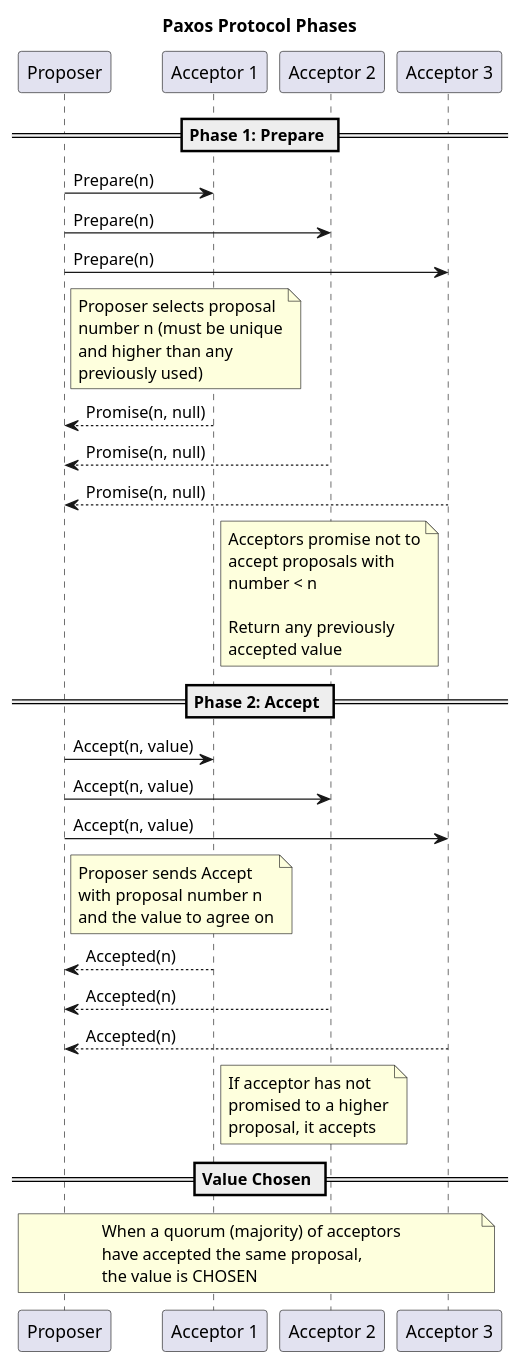
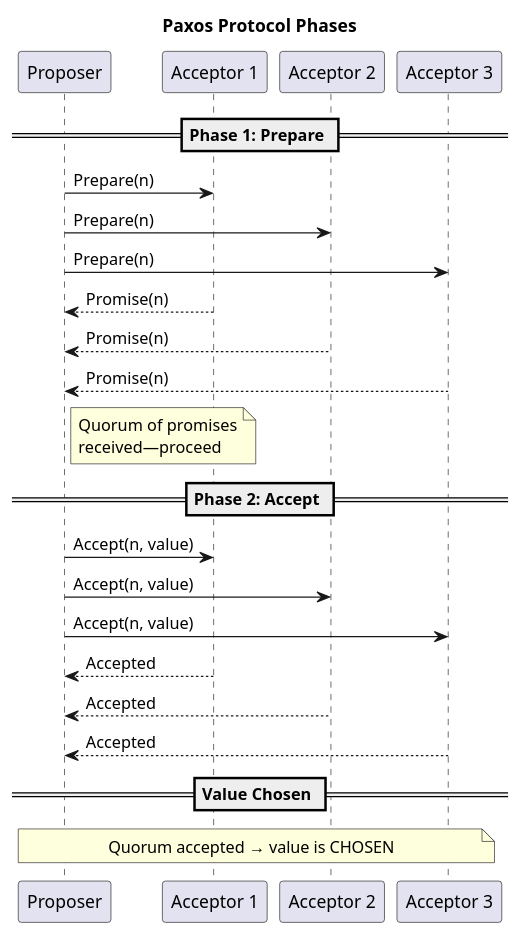
The second of 3 diagrams in docs/data-platforms/cassandra/architecture/distributed-data/paxos.md (axonops/documentation), drawn with PlantUML before and after one commit. The commit also changed other lines of this file, not shown here.

````diff
--- a/docs/data-platforms/cassandra/architecture/distributed-data/paxos.md
+++ b/docs/data-platforms/cassandra/architecture/distributed-data/paxos.md
@@ -182,67 +178,42 @@
 ```plantuml
 @startuml
 skinparam backgroundColor #FFFFFF
 skinparam defaultFontName Arial
 
 title Paxos Protocol Phases
 
 participant "Proposer" as P
 participant "Acceptor 1" as A1
 participant "Acceptor 2" as A2
 participant "Acceptor 3" as A3
 
 == Phase 1: Prepare ==
 P -> A1 : Prepare(n)
 P -> A2 : Prepare(n)
 P -> A3 : Prepare(n)
 
+A1 --> P : Promise(n)
+A2 --> P : Promise(n)
+A3 --> P : Promise(n)
+
 note right of P
-  Proposer selects proposal
-  number n (must be unique
-  and higher than any
-  previously used)
-end note
-
-A1 --> P : Promise(n, null)
-A2 --> P : Promise(n, null)
-A3 --> P : Promise(n, null)
-
-note right of A1
-  Acceptors promise not to
-  accept proposals with
-  number < n
-
-  Return any previously
-  accepted value
+  Quorum of promises
+  received—proceed
 end note
 
 == Phase 2: Accept ==
 P -> A1 : Accept(n, value)
 P -> A2 : Accept(n, value)
 P -> A3 : Accept(n, value)
 
-note right of P
-  Proposer sends Accept
-  with proposal number n
-  and the value to agree on
-end note
-
-A1 --> P : Accepted(n)
-A2 --> P : Accepted(n)
-A3 --> P : Accepted(n)
-
-note right of A1
-  If acceptor has not
-  promised to a higher
-  proposal, it accepts
-end note
+A1 --> P : Accepted
+A2 --> P : Accepted
+A3 --> P : Accepted
 
 == Value Chosen ==
 note over P, A3
-  When a quorum (majority) of acceptors
-  have accepted the same proposal,
-  the value is CHOSEN
+  Quorum accepted → value is CHOSEN
 end note
 
 @enduml
 ```
````
